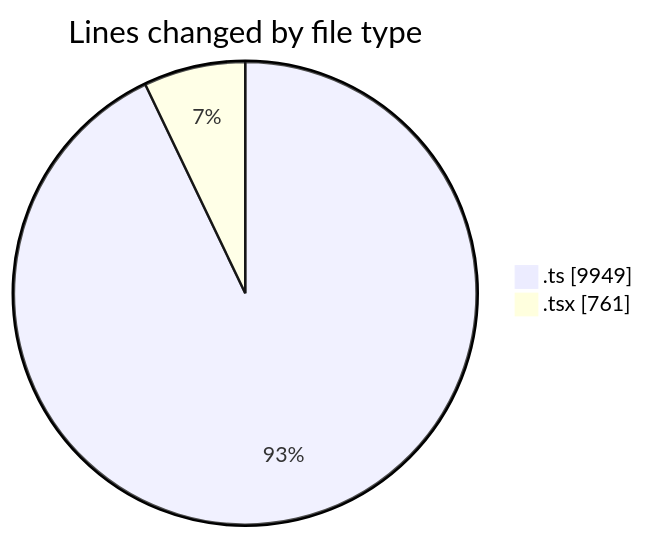
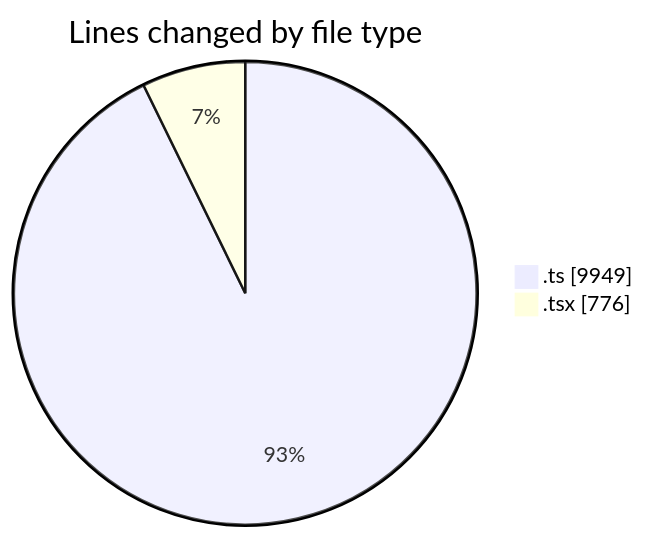
Before and after one commit to momahboobian/code-tracking: the first of 2 diagrams in 2025-06-11/cda/README.md, drawn with Mermaid. The commit also changed other lines of this file and 1 other file, not shown here.

````diff
--- a/2025-06-11/cda/README.md
+++ b/2025-06-11/cda/README.md
@@ -26,6 +26,6 @@
 ```mermaid
 pie showData
 title Lines changed by file type
 ".ts" : 9949
-".tsx" : 761
+".tsx" : 776
 ```
````
